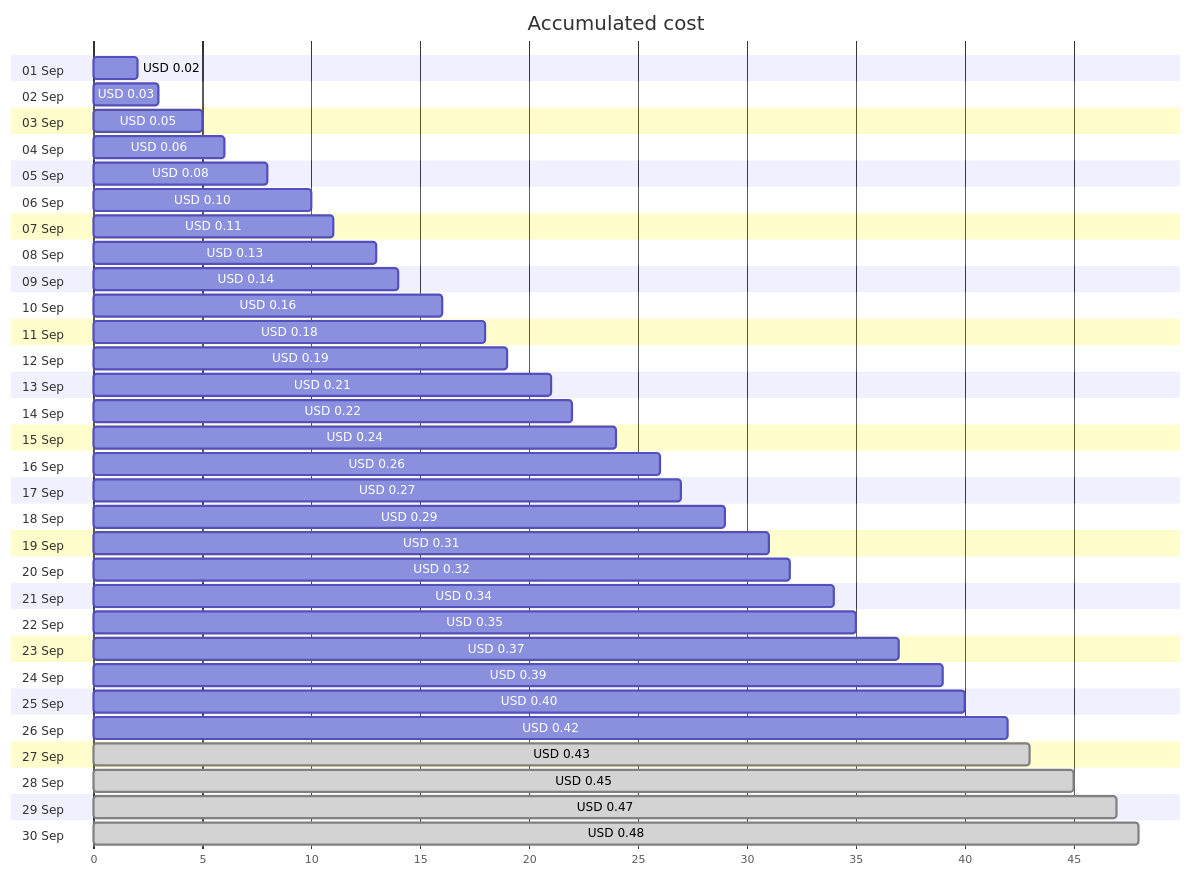
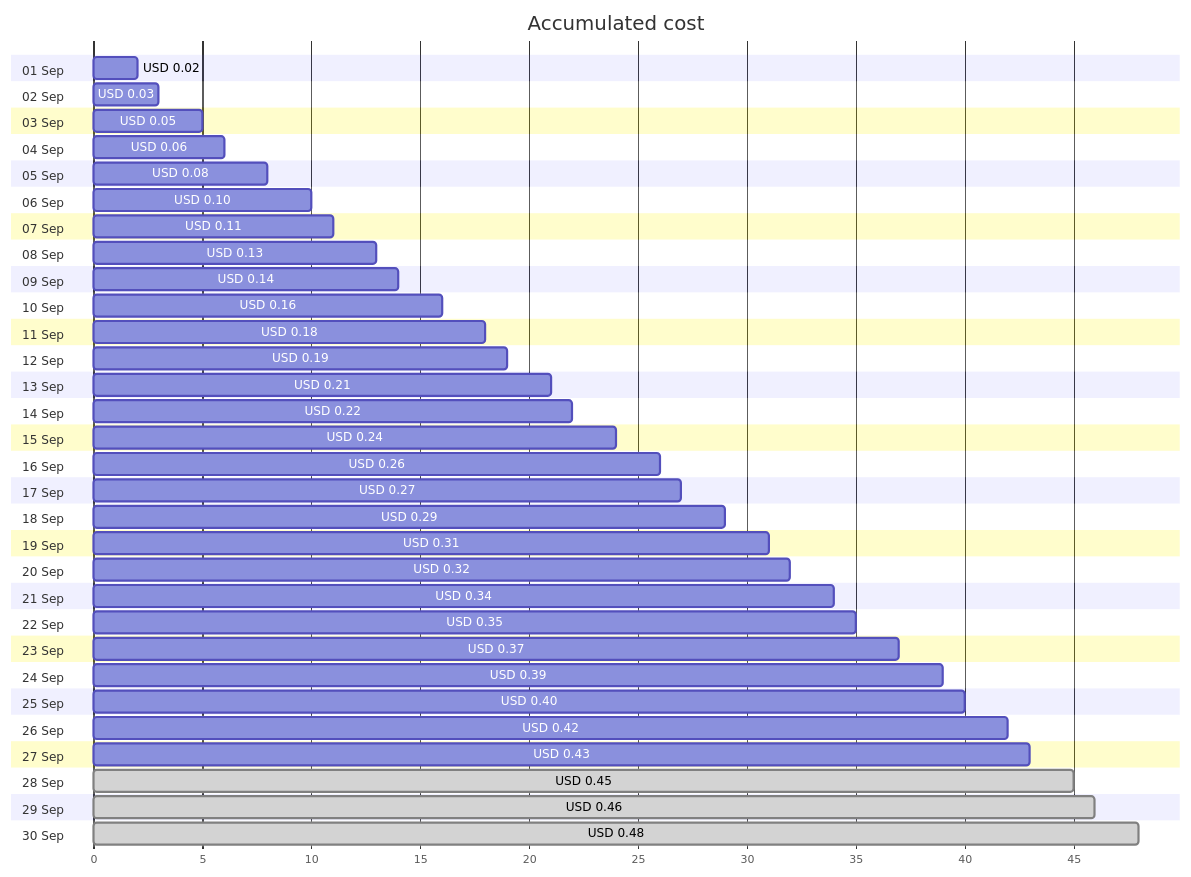
One commit to jpfulton/azure-personal-reports changed the first of 4 diagrams in cost-reports/personal-network/private.jpatrickfulton.com.md. Above: the diagram before and after it, drawn with Mermaid. The commit also changed other lines of this file and 9 other files, not shown here.

````diff
--- a/cost-reports/personal-network/private.jpatrickfulton.com.md
+++ b/cost-reports/personal-network/private.jpatrickfulton.com.md
@@ -20,66 +20,66 @@
 ```mermaid
 gantt
    title Accumulated cost
    dateFormat  X
    axisFormat %s
    section 01 Sep
    USD 0.02 :0, 2
    section 02 Sep
    USD 0.03 :0, 3
    section 03 Sep
    USD 0.05 :0, 5
    section 04 Sep
    USD 0.06 :0, 6
    section 05 Sep
    USD 0.08 :0, 8
    section 06 Sep
    USD 0.10 :0, 10
    section 07 Sep
    USD 0.11 :0, 11
    section 08 Sep
    USD 0.13 :0, 13
    section 09 Sep
    USD 0.14 :0, 14
    section 10 Sep
    USD 0.16 :0, 16
    section 11 Sep
    USD 0.18 :0, 18
    section 12 Sep
    USD 0.19 :0, 19
    section 13 Sep
    USD 0.21 :0, 21
    section 14 Sep
    USD 0.22 :0, 22
    section 15 Sep
    USD 0.24 :0, 24
    section 16 Sep
    USD 0.26 :0, 26
    section 17 Sep
    USD 0.27 :0, 27
    section 18 Sep
    USD 0.29 :0, 29
    section 19 Sep
    USD 0.31 :0, 31
    section 20 Sep
    USD 0.32 :0, 32
    section 21 Sep
    USD 0.34 :0, 34
    section 22 Sep
    USD 0.35 :0, 35
    section 23 Sep
    USD 0.37 :0, 37
    section 24 Sep
    USD 0.39 :0, 39
    section 25 Sep
    USD 0.40 :0, 40
    section 26 Sep
    USD 0.42 :0, 42
    section 27 Sep
-   USD 0.43 : done, 0, 43
+   USD 0.43 :0, 43
    section 28 Sep
    USD 0.45 : done, 0, 45
    section 29 Sep
-   USD 0.47 : done, 0, 47
+   USD 0.46 : done, 0, 46
    section 30 Sep
    USD 0.48 : done, 0, 48
 ```
````
